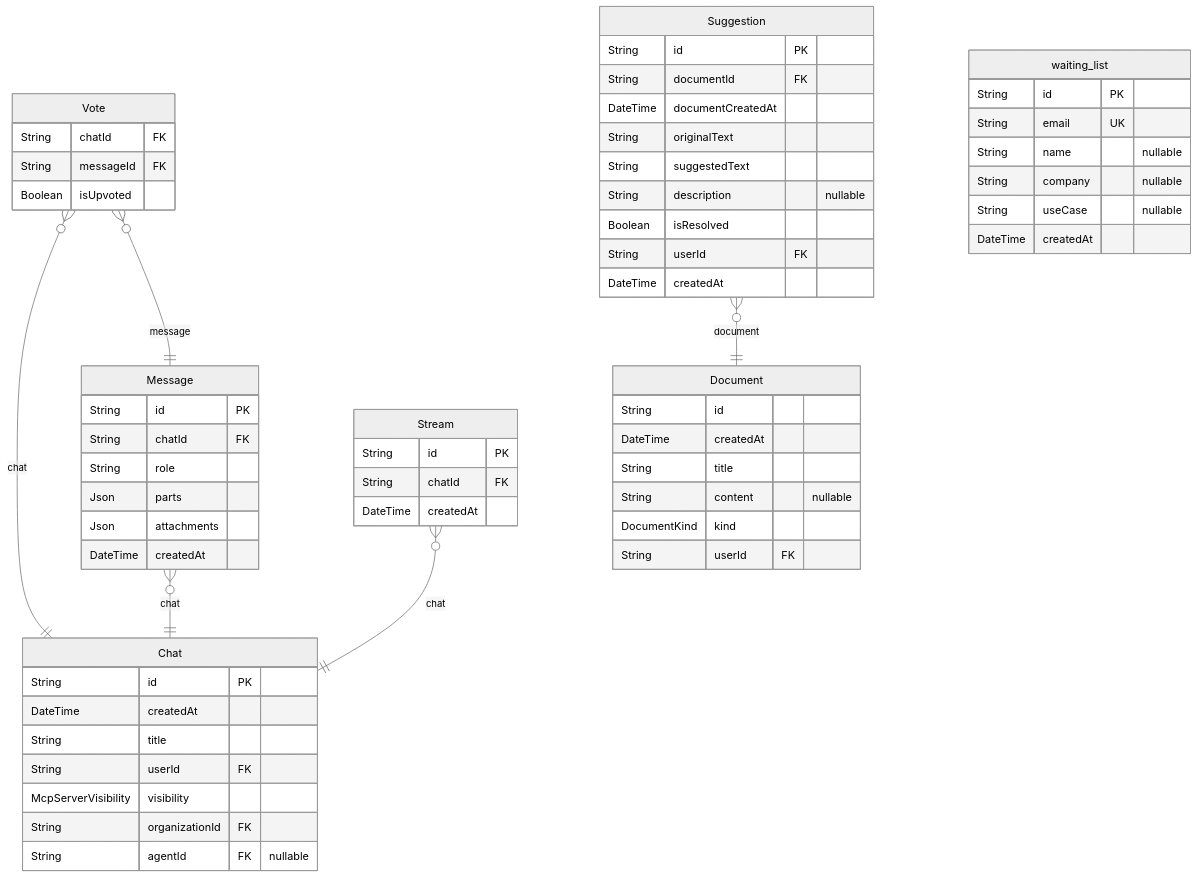
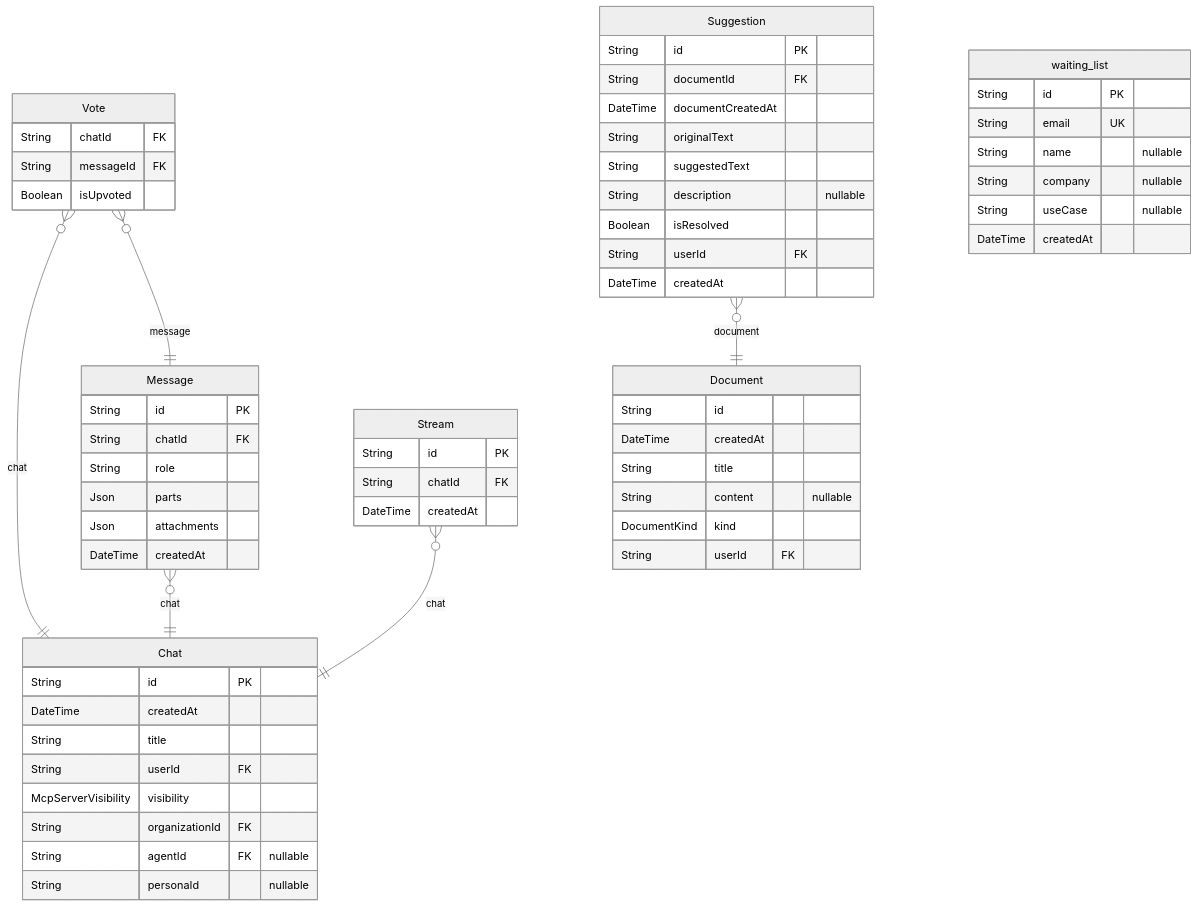
One commit to rayven122/tumiki changed the tenth of 10 diagrams in packages/db/prisma/README.md. Above: the diagram before and after it, drawn with Mermaid (neutral theme). The commit also changed other lines of this file and 22 other files, not shown here.

````diff
--- a/packages/db/prisma/README.md
+++ b/packages/db/prisma/README.md
@@ -983,62 +985,63 @@
 ```mermaid
 erDiagram
 "Chat" {
   String id PK
   DateTime createdAt
   String title
   String userId FK
   McpServerVisibility visibility
   String organizationId FK
   String agentId FK "nullable"
+  String personaId "nullable"
 }
 "Message" {
   String id PK
   String chatId FK
   String role
   Json parts
   Json attachments
   DateTime createdAt
 }
 "Vote" {
   String chatId FK
   String messageId FK
   Boolean isUpvoted
 }
 "Document" {
   String id
   DateTime createdAt
   String title
   String content "nullable"
   DocumentKind kind
   String userId FK
 }
 "Suggestion" {
   String id PK
   String documentId FK
   DateTime documentCreatedAt
   String originalText
   String suggestedText
   String description "nullable"
   Boolean isResolved
   String userId FK
   DateTime createdAt
 }
 "Stream" {
   String id PK
   String chatId FK
   DateTime createdAt
 }
 "waiting_list" {
   String id PK
   String email UK
   String name "nullable"
   String company "nullable"
   String useCase "nullable"
   DateTime createdAt
 }
 "Message" }o--|| "Chat" : chat
 "Vote" }o--|| "Chat" : chat
 "Vote" }o--|| "Message" : message
 "Suggestion" }o--|| "Document" : document
 "Stream" }o--|| "Chat" : chat
 ```
````
